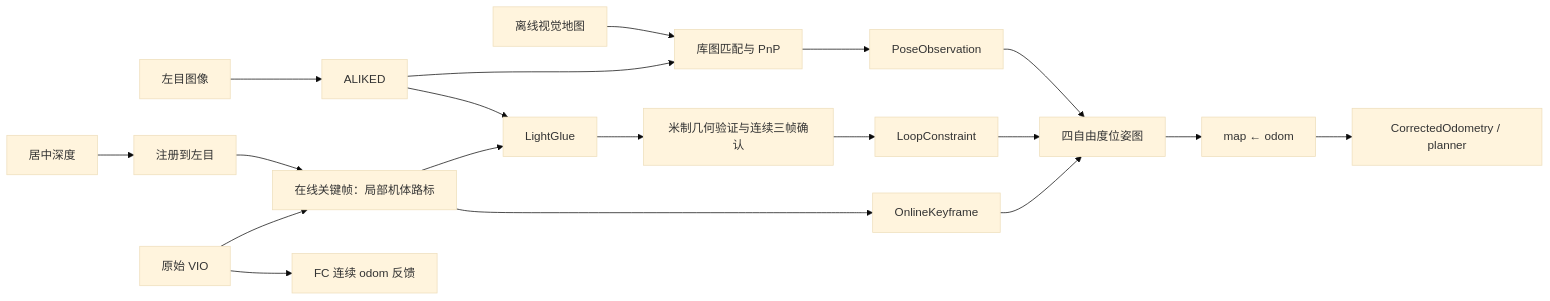
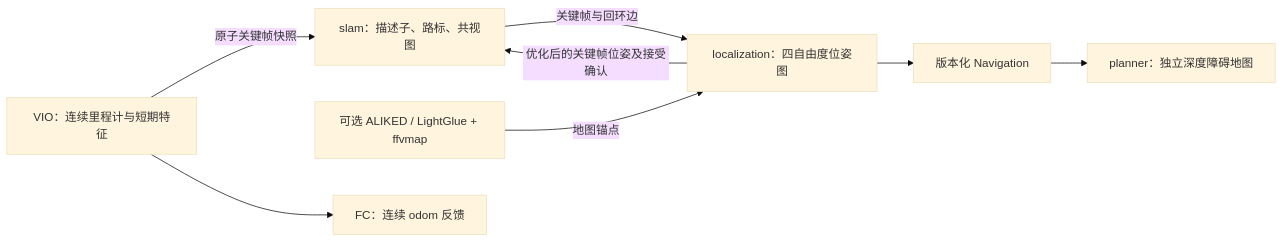
The diagram in docs/loop_closure.md (3SE-Competitive-Robotics-Team/firefly), drawn with Mermaid (base theme) before and after one commit. The commit also changed other lines of this file and 98 other files, not shown here.

Commit message:
Add persistent VIO landmarks and online loop closure with flight acceptance coverage

````diff
--- a/docs/loop_closure.md
+++ b/docs/loop_closure.md
@@ -5,21 +5,10 @@
 ```mermaid
 flowchart LR
-  I[左目图像] --> A[ALIKED]
-  A --> L[LightGlue]
-  D[居中深度] --> R[注册到左目]
-  R --> K[在线关键帧：局部机体路标]
-  V[原始 VIO] --> K
-  K --> L
-  L --> G[米制几何验证与连续三帧确认]
-  G --> C[LoopConstraint]
-  M[离线视觉地图] --> P[库图匹配与 PnP]
-  A --> P
-  P --> O[PoseObservation]
-  K --> N[OnlineKeyframe]
-  O --> B[四自由度位姿图]
-  C --> B
-  N --> B
-  B --> T[map ← odom]
-  T --> W[CorrectedOdometry / planner]
-  V --> F[FC 连续 odom 反馈]
+  V[VIO：连续里程计与短期特征] -->|原子关键帧快照| S[slam：描述子、路标、共视图]
+  S -->|关键帧与回环边| G[localization：四自由度位姿图]
+  G -->|优化后的关键帧位姿及接受确认| S
+  A[可选 ALIKED / LightGlue + ffvmap] -->|地图锚点| G
+  G --> N[版本化 Navigation]
+  N --> P[planner：独立深度障碍地图]
+  V --> F[FC：连续 odom 反馈]
 ```
````
